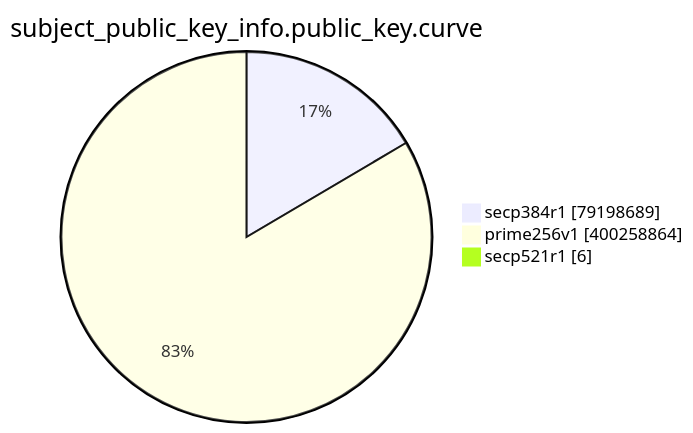
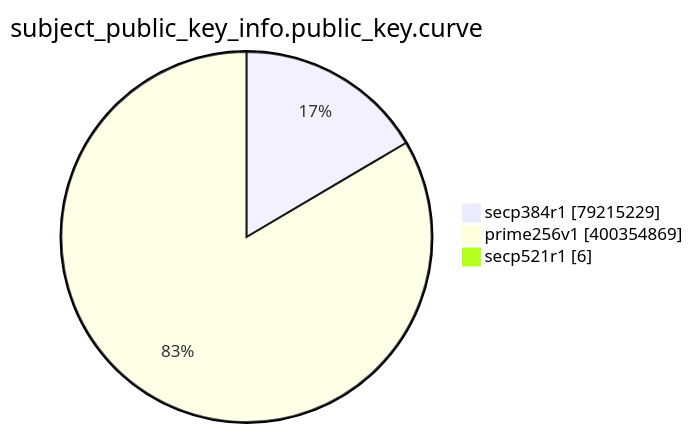
Before and after one commit to christiankrug/ctmonitor_visualization: the eighth of 15 diagrams in TOTAL/README.md, drawn with Mermaid. The commit also changed other lines of this file, not shown here.

````diff
--- a/TOTAL/README.md
+++ b/TOTAL/README.md
@@ -3095,7 +3095,7 @@
 ```mermaid
 pie showData
 title subject_public_key_info.public_key.curve
-"secp384r1" :79198689
-"prime256v1" :400258864
+"secp384r1" :79215229
+"prime256v1" :400354869
 "secp521r1" :6
 ```
````
